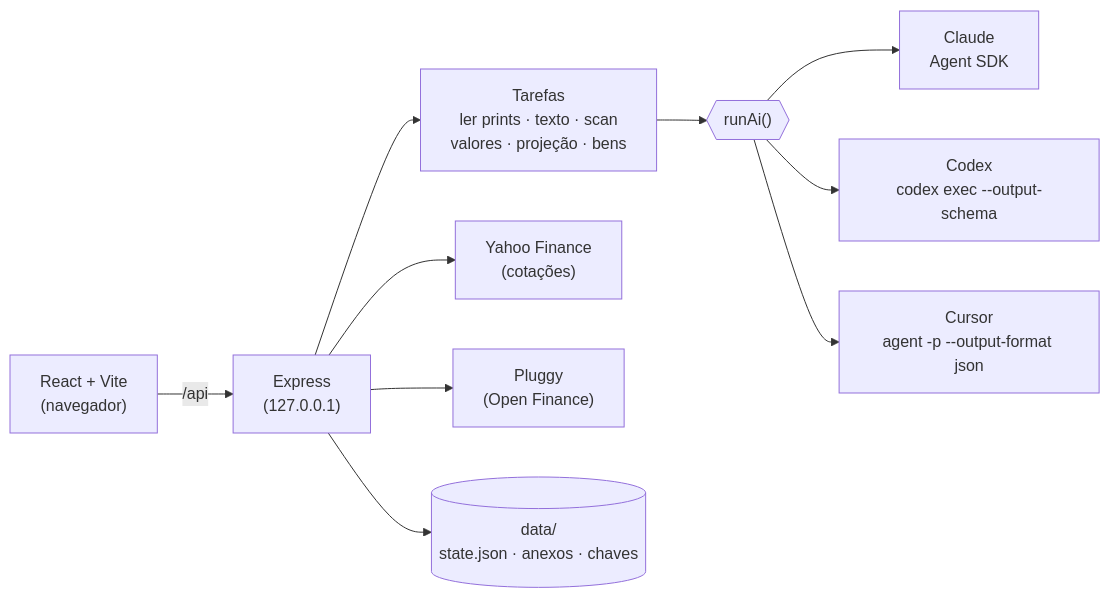
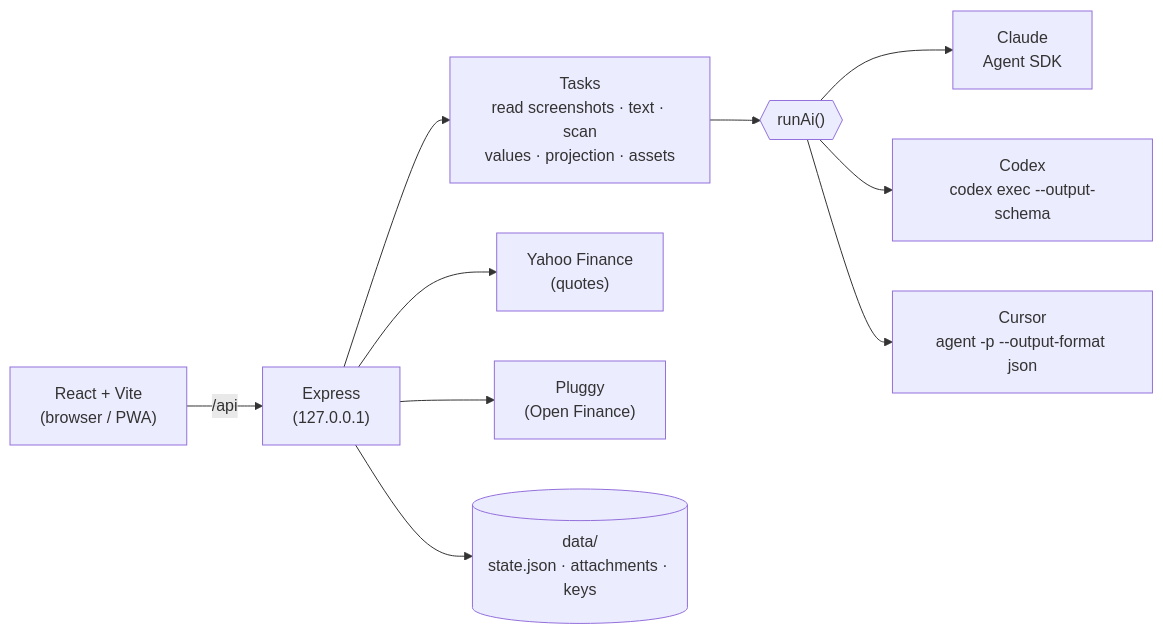
The diagram in README.md (isacsneto/arca-assistant), drawn with Mermaid before and after one commit. The commit also changed other lines of this file and 55 other files, not shown here.

````diff
--- a/README.md
+++ b/README.md
@@ -158,12 +187,12 @@
 ```mermaid
 flowchart LR
-  UI["React + Vite<br/>(navegador)"] -- "/api" --> API["Express<br/>(127.0.0.1)"]
-  API --> Tasks["Tarefas<br/>ler prints · texto · scan<br/>valores · projeção · bens"]
+  UI["React + Vite<br/>(browser / PWA)"] -- "/api" --> API["Express<br/>(127.0.0.1)"]
+  API --> Tasks["Tasks<br/>read screenshots · text · scan<br/>values · projection · assets"]
   Tasks --> runAi{{"runAi()"}}
   runAi --> C["Claude<br/>Agent SDK"]
   runAi --> X["Codex<br/>codex exec --output-schema"]
   runAi --> K["Cursor<br/>agent -p --output-format json"]
-  API --> Q["Yahoo Finance<br/>(cotações)"]
+  API --> Q["Yahoo Finance<br/>(quotes)"]
   API --> P["Pluggy<br/>(Open Finance)"]
-  API --> D[("data/<br/>state.json · anexos · chaves")]
+  API --> D[("data/<br/>state.json · attachments · keys")]
 ```
````
